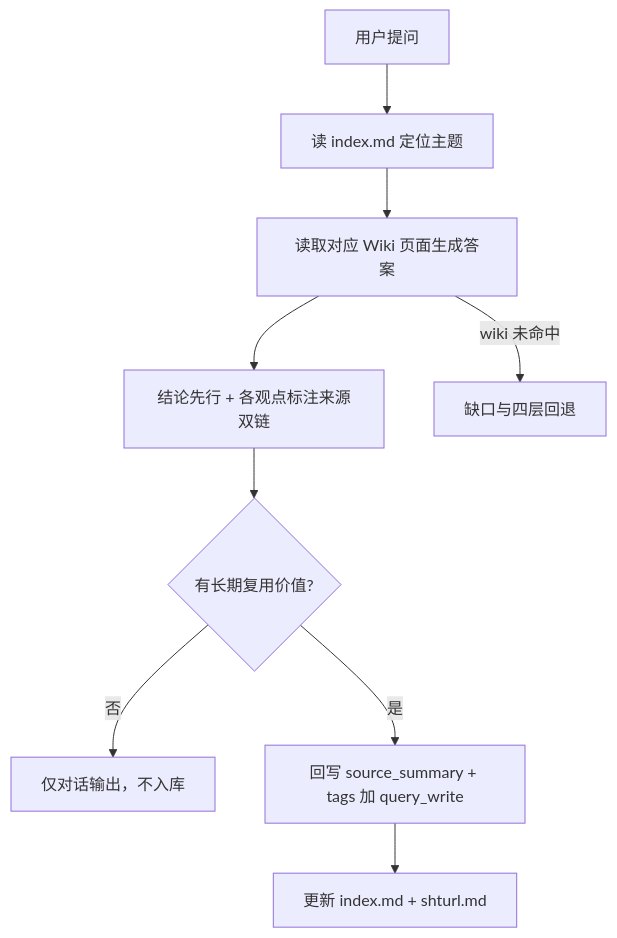
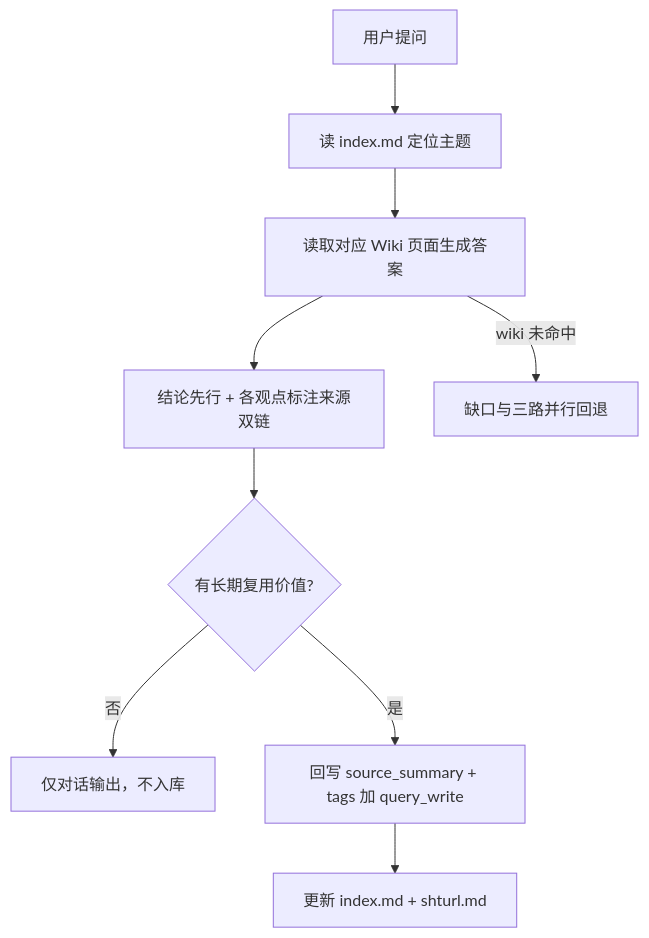
Before and after one commit to Topskys/llm-wiki: the first of 2 diagrams in wiki/concepts/query工作流.md, drawn with Mermaid. The commit also changed other lines of this file and 4 other files, not shown here.

````diff
--- a/wiki/concepts/query工作流.md
+++ b/wiki/concepts/query工作流.md
@@ -14,11 +14,11 @@
 ```mermaid
 flowchart TD
     A["用户提问"] --> B["读 index.md 定位主题"]
     B --> C["读取对应 Wiki 页面生成答案"]
     C --> D["结论先行 + 各观点标注来源双链"]
     D --> E{"有长期复用价值?"}
     E -->|"否"| N["仅对话输出，不入库"]
     E -->|"是"| F["回写 source_summary + tags 加 query_write"]
     F --> G["更新 index.md + shturl.md"]
-    C -->|"wiki 未命中"| H["缺口与四层回退"]
+    C -->|"wiki 未命中"| H["缺口与三路并行回退"]
 ```
````
